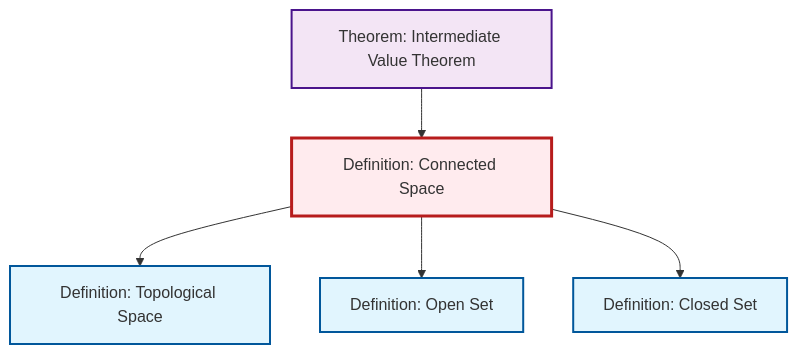
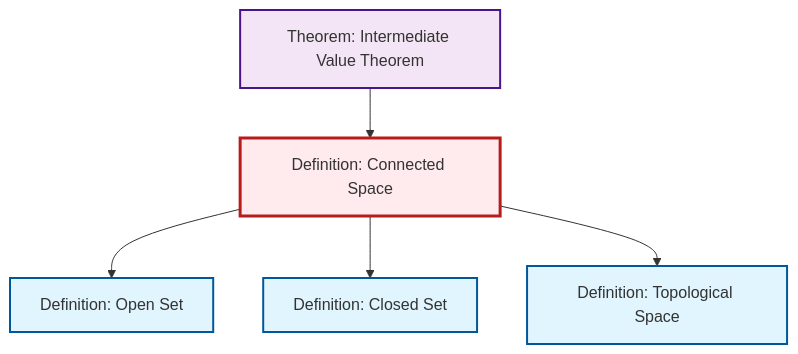
The diagram in content/en/topology/def-connected.qmd (RK0429/ModernMath), drawn with Mermaid before and after one commit. The commit also changed other lines of this file and 417 other files, not shown here.

````diff
--- a/content/en/topology/def-connected.qmd
+++ b/content/en/topology/def-connected.qmd
@@ -49,23 +49,23 @@
 ```{mermaid}
 %%| fig-cap: "Local dependency graph"
 graph TD
     classDef definition fill:#e1f5fe,stroke:#01579b,stroke-width:2px
     classDef theorem fill:#f3e5f5,stroke:#4a148c,stroke-width:2px
     classDef axiom fill:#fff3e0,stroke:#e65100,stroke-width:2px
     classDef example fill:#e8f5e9,stroke:#1b5e20,stroke-width:2px
     classDef current fill:#ffebee,stroke:#b71c1c,stroke-width:3px
-    thm-intermediate-value["Theorem: Intermediate Value Theorem"]:::theorem
     def-topological-space["Definition: Topological Space"]:::definition
     def-open-set["Definition: Open Set"]:::definition
+    def-connected["Definition: Connected Space"]:::definition
     def-closed-set["Definition: Closed Set"]:::definition
-    def-connected["Definition: Connected Space"]:::definition
+    thm-intermediate-value["Theorem: Intermediate Value Theorem"]:::theorem
+    def-connected --> def-open-set
+    def-connected --> def-closed-set
     def-connected --> def-topological-space
     thm-intermediate-value --> def-connected
-    def-connected --> def-open-set
-    def-connected --> def-closed-set
     class def-connected current
-    click thm-intermediate-value "thm-intermediate-value.html" "Go to Intermediate Value Theorem theorem"
     click def-topological-space "def-topological-space.html" "Go to Topological Space definition"
     click def-open-set "def-open-set.html" "Go to Open Set definition"
     click def-closed-set "def-closed-set.html" "Go to Closed Set definition"
+    click thm-intermediate-value "thm-intermediate-value.html" "Go to Intermediate Value Theorem theorem"
 ```
````
